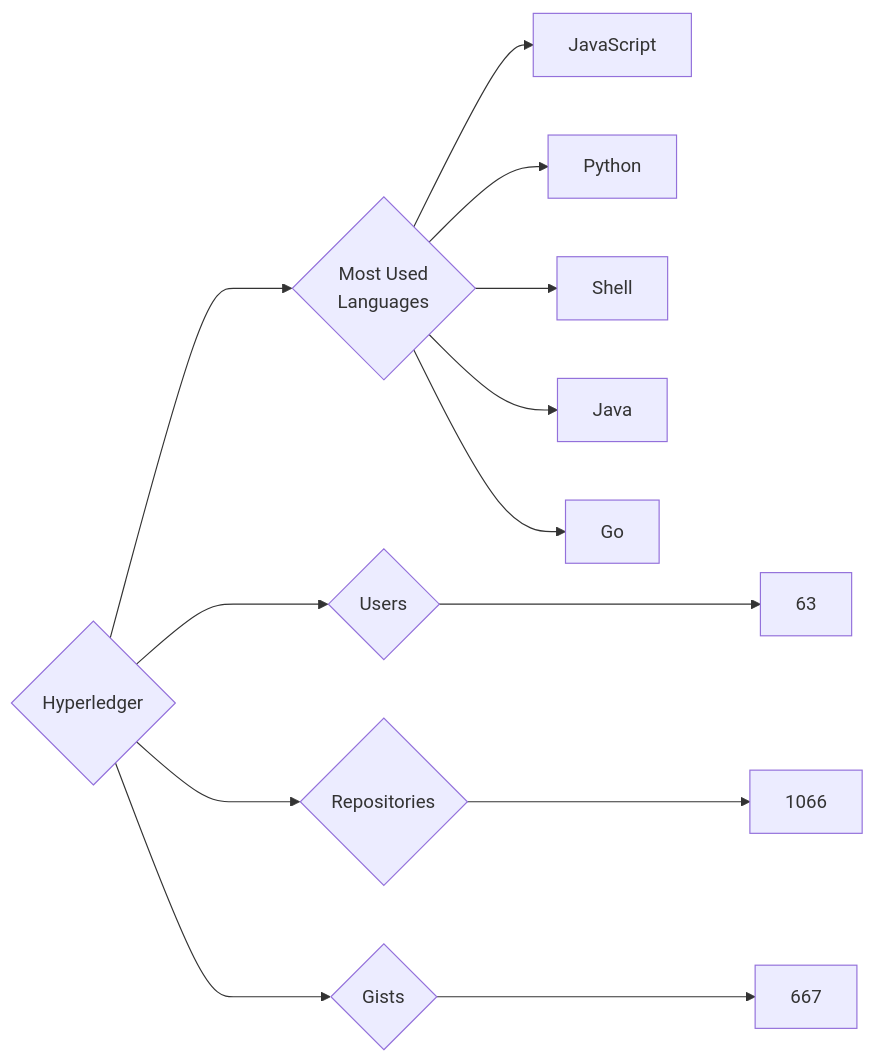
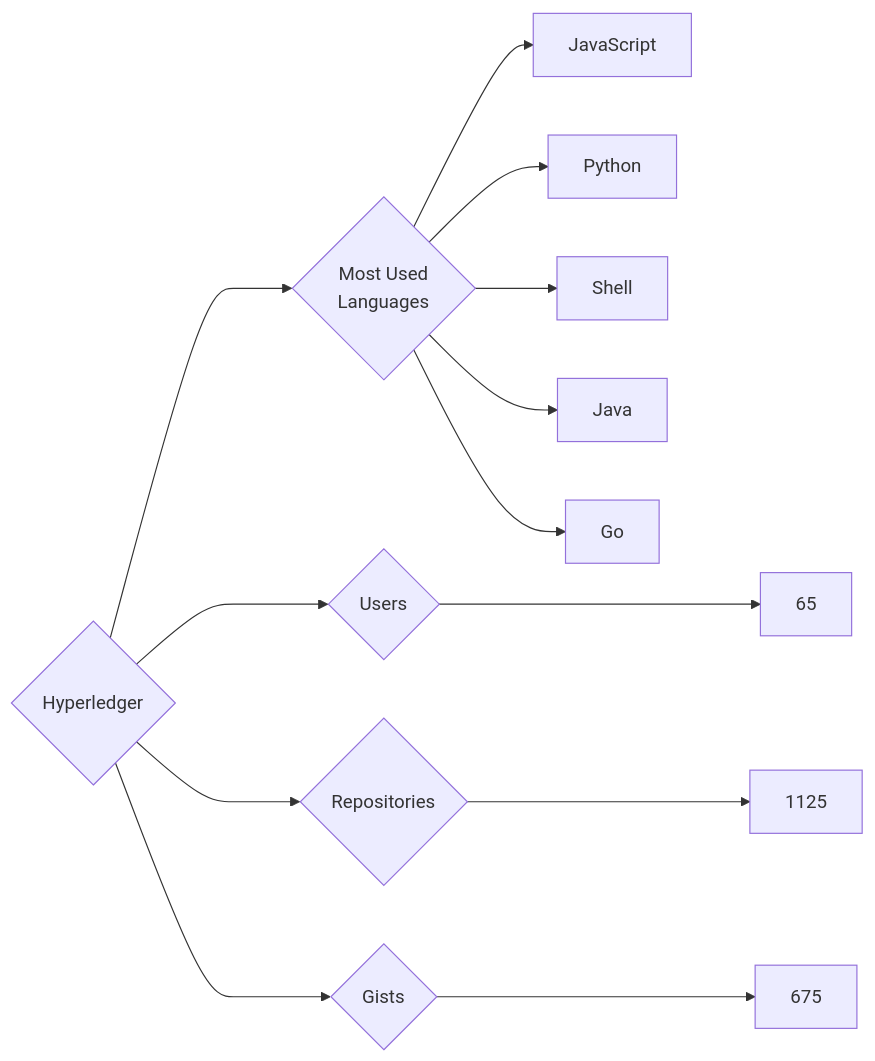
The diagram in targets/Hyperledger/README.md (trickest/insiders), drawn with Mermaid before and after one commit. The commit also changed 688 other files, not shown here.

````diff
--- a/targets/Hyperledger/README.md
+++ b/targets/Hyperledger/README.md
@@ -3,13 +3,13 @@
 ```mermaid
 graph LR
 COMPANY_NAME{Hyperledger}
-COMPANY_NAME ---> U{Users} ---> UN[63]
-COMPANY_NAME ---> R{Repositories} ---> RN[1066]
-COMPANY_NAME ---> G{Gists} ---> GN[667]
+COMPANY_NAME ---> U{Users} ---> UN[65]
+COMPANY_NAME ---> R{Repositories} ---> RN[1125]
+COMPANY_NAME ---> G{Gists} ---> GN[675]
 COMPANY_NAME ---> ML{Most Used<br>Languages}
 ML --> JavaScript[JavaScript]
 ML --> Python[Python]
 ML --> Shell[Shell]
 ML --> Java[Java]
 ML --> Go[Go]
 ```
````
